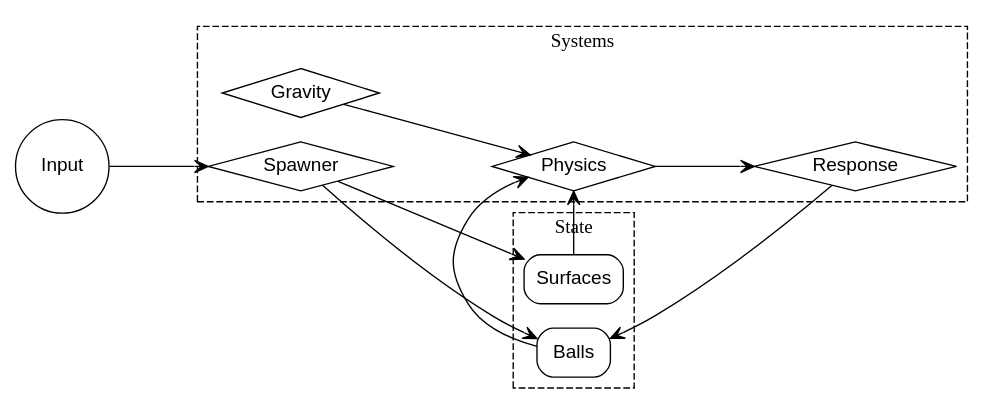
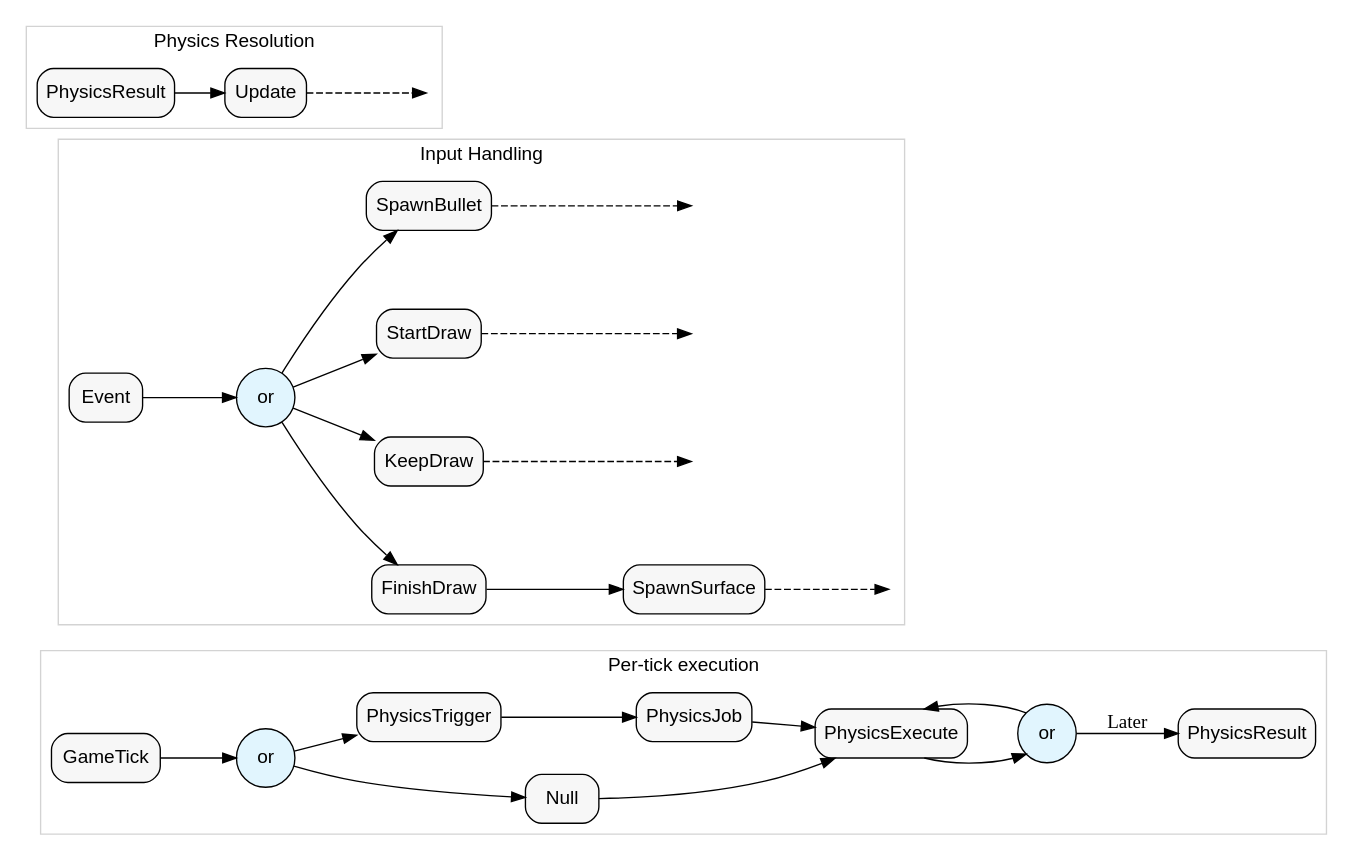
The first of 5 diagrams in posts/Games-as-Graphs.org (Pancakey8/blog), drawn with Graphviz before and after one commit. The commit also changed other lines of this file, not shown here.

```diff
--- a/posts/Games-as-Graphs.org
+++ b/posts/Games-as-Graphs.org
@@ -53,36 +117,66 @@
-#+begin_src dot :file games-as-graphs-fsm-1.svg :exports results
+#+BEGIN_SRC dot :file games-as-graphs-full-1.svg :exports results
   digraph G {
       rankdir=LR;
-      node [shape=box, style="rounded", fontname="sans-serif"];
-      edge [arrowhead=vee, minlen=2];
+      fontname="Arial";
+      nodesep=0.8;
 
-      Input[shape=circle];
-      subgraph cluster_state {
-          label = "State";
-          style = dashed;
-          color = black;
-          
-          Surfaces; Balls;
+      node [shape=circle, style="rounded,filled", width=0.6, fixedsize=true, fillcolor="#e1f5fe", fontname="Arial"];
+      or_game [label="or"];
+      or_event [label="or"];
+      choice_circle [label="or"];
+
+      node [shape=box, fillcolor="#f7f7f7", width=default, fixedsize=false];
+
+      subgraph cluster_physics {
+          label = "Per-tick execution";
+          color = lightgrey;
+
+          GameTick -> or_game;
+          or_game -> Null;
+          or_game -> PhysicsTrigger;
+          PhysicsTrigger -> PhysicsJob;
+
+          Null -> PhysicsExecute;
+          PhysicsJob -> PhysicsExecute;
+
+          PhysicsExecute -> choice_circle;
+          choice_circle -> PhysicsExecute;
+          choice_circle -> PhysicsResult [label="Later"];
       }
 
-      subgraph cluster_systems {
-          label = "Systems";
-          style = dashed;
-          color = black;
-  	node [shape=diamond, style="solid"]
-          
-          Gravity; Physics; Response; Spawner;
-          
-          Gravity -> Physics;
-          Physics -> Response;
+      subgraph cluster_results {
+          label = "Physics Resolution";
+          color = lightgrey;
+
+          Poll [label="PhysicsResult"]
+
+          Poll -> Update;
+          Update -> End_Update [style=dashed];
+          End_Update [shape=point, style=invis];
       }
 
-      Balls -> Physics;
-      Surfaces -> Physics;
-      Response -> Balls;
+      subgraph cluster_input {
+          label = "Input Handling";
+          color = lightgrey;
 
-      Input -> Spawner;
-      Spawner -> Balls;
-      Spawner -> Surfaces;
+          Event -> or_event;
+
+          or_event -> FinishDraw;
+          or_event -> KeepDraw;
+          or_event -> StartDraw;
+          or_event -> SpawnBullet;
+
+          FinishDraw -> SpawnSurface;
+
+          SpawnSurface -> End_Switch [style=dashed];
+          KeepDraw -> End_Keep [style=dashed];
+          StartDraw -> End_Start [style=dashed];
+          SpawnBullet -> End_Bull [style=dashed];
+
+          End_Switch [shape=point, style=invis];
+          End_Keep [shape=point, style=invis];
+          End_Start [shape=point, style=invis];
+          End_Bull [shape=point, style=invis];
+      }
   }
-#+end_src
+#+END_SRC
```
